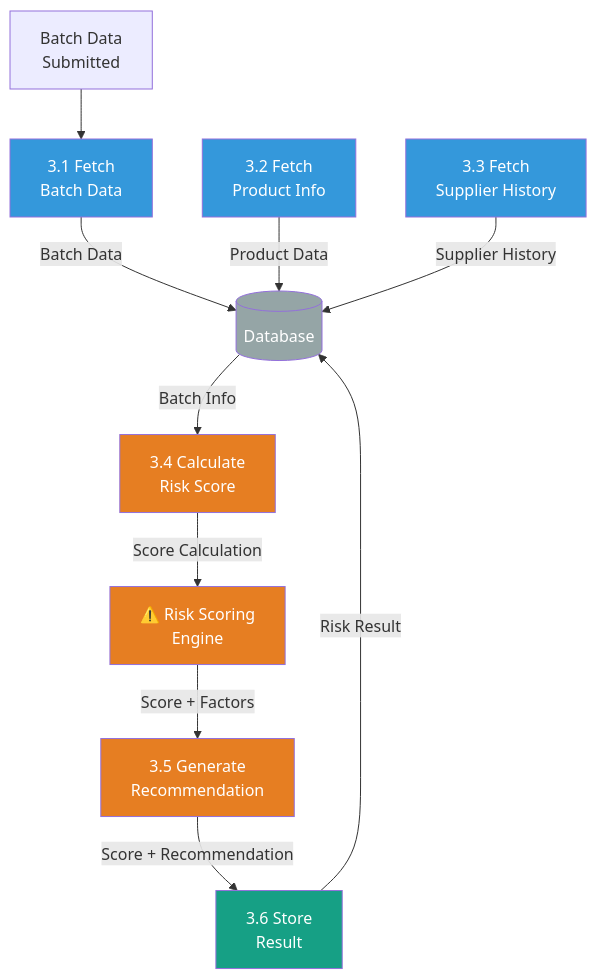
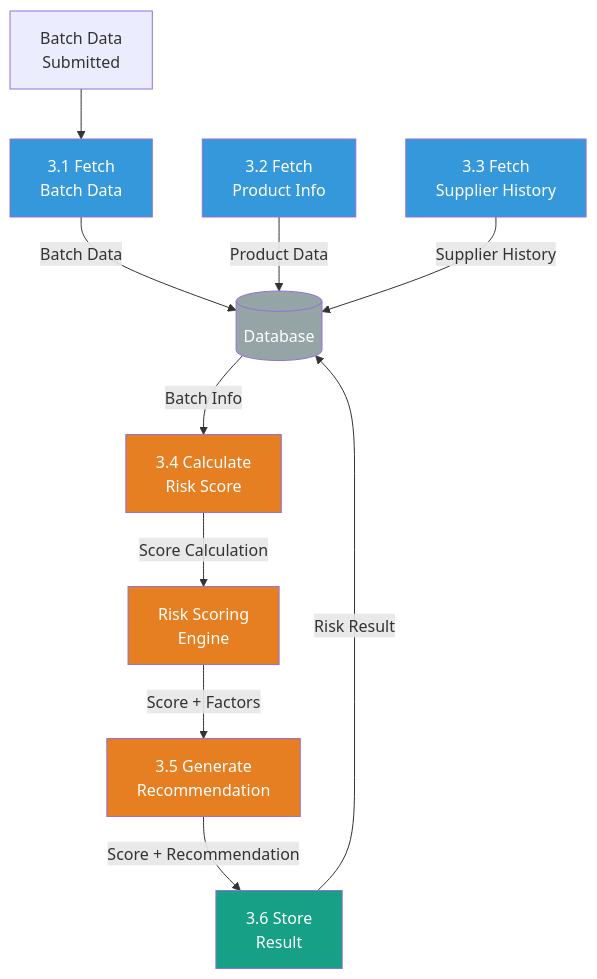
The fifth of 7 diagrams in docs/architecture/data-flow-diagrams.md (AbraImani/Authmed_Backend_intern), drawn with Mermaid before and after one commit. The commit also changed other lines of this file and 27 other files, not shown here.

Commit message:
docs: remove emojis, translate to English, standardize diagrams and remove color styles

````diff
--- a/docs/architecture/data-flow-diagrams.md
+++ b/docs/architecture/data-flow-diagrams.md
@@ -160,40 +150,40 @@
 ```mermaid
 graph TD
     Trigger["Batch Data<br/>Submitted"]
     
     Fetch["3.1 Fetch<br/>Batch Data"]
     
     FetchProd["3.2 Fetch<br/>Product Info"]
     
     FetchSupp["3.3 Fetch<br/>Supplier History"]
     
     Calculate["3.4 Calculate<br/>Risk Score"]
     
     Generate["3.5 Generate<br/>Recommendation"]
     
     Store["3.6 Store<br/>Result"]
     
     DB[(Database)]
-    RiskEngine["⚠️ Risk Scoring<br/>Engine"]
+    RiskEngine["Risk Scoring<br/>Engine"]
     
     Trigger --> Fetch
     Fetch -->|Batch Data| DB
     DB -->|Batch Info| Calculate
     
     FetchProd -->|Product Data| DB
     FetchSupp -->|Supplier History| DB
     
     Calculate -->|Score Calculation| RiskEngine
     RiskEngine -->|Score + Factors| Generate
     Generate -->|Score + Recommendation| Store
     Store -->|Risk Result| DB
     
     style RiskEngine fill:#e67e22,color:#fff
     style Calculate fill:#e67e22,color:#fff
     style Generate fill:#e67e22,color:#fff
     style Fetch fill:#3498db,color:#fff
     style FetchProd fill:#3498db,color:#fff
     style FetchSupp fill:#3498db,color:#fff
     style Store fill:#16a085,color:#fff
     style DB fill:#95a5a6,color:#fff
 ```
````
